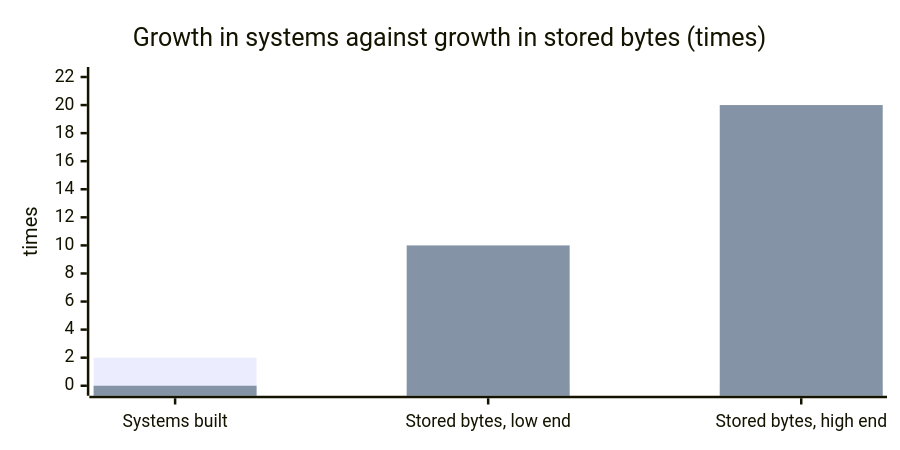
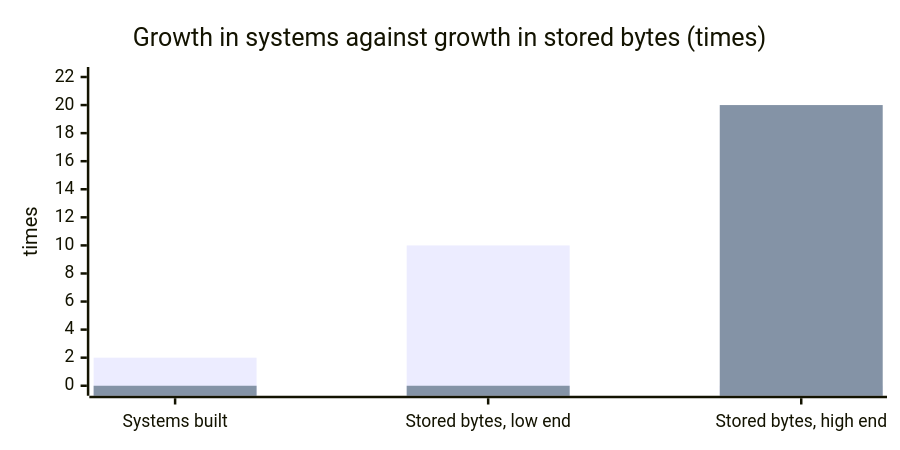
The fourth of 6 diagrams in apps/cms/src/bootstrap/articles/12-pandoras-bucket.md (WhyThatFunction/ssegning-com), drawn with Mermaid before and after one commit. The commit also changed 6 other files, not shown here.

````diff
--- a/apps/cms/src/bootstrap/articles/12-pandoras-bucket.md
+++ b/apps/cms/src/bootstrap/articles/12-pandoras-bucket.md
@@ -82,13 +82,13 @@
 ```mermaid
 ---
 config:
   xyChart:
     height: 340
 ---
 xychart-beta
     title "Growth in systems against growth in stored bytes (times)"
     x-axis ["Systems built", "Stored bytes, low end", "Stored bytes, high end"]
     y-axis "times" 0 --> 22
-    bar [2, 0, 0]
-    bar [0, 10, 20]
+    bar [2, 10, 0]
+    bar [0, 0, 20]
 ```
````
